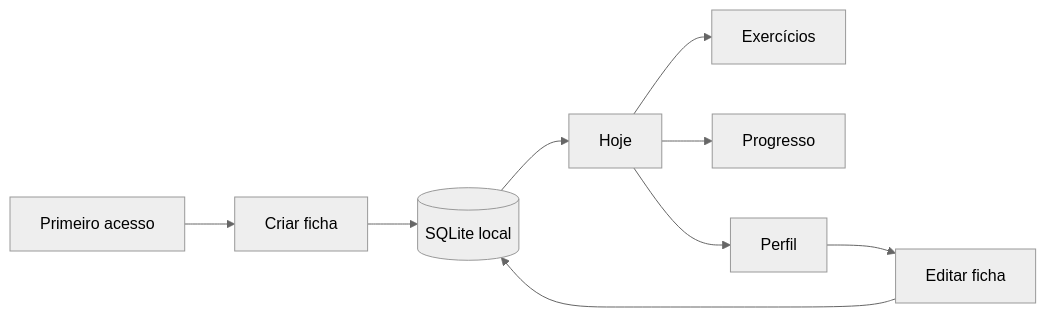
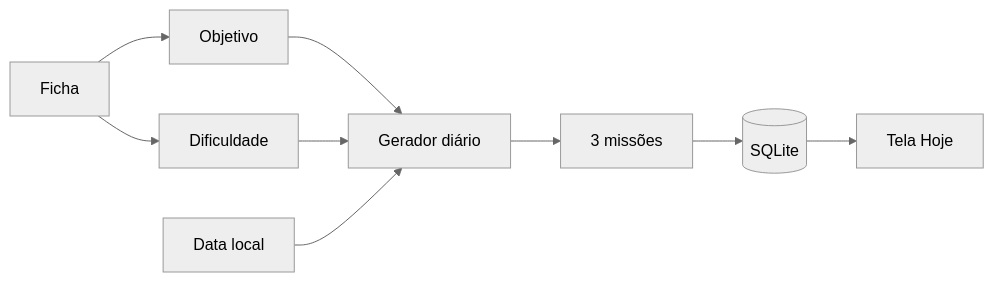
One commit to tombemol/I.C.A.R.O changed the first of 2 diagrams in README.md. Above: the diagram before and after it, drawn with Mermaid (neutral theme). The commit also changed other lines of this file and 16 other files, not shown here.

````diff
--- a/README.md
+++ b/README.md
@@ -24,11 +28,11 @@
 ```mermaid
 flowchart LR
-  A[Primeiro acesso] --> B[Criar ficha]
-  B --> C[(SQLite local)]
-  C --> D[Hoje]
-  D --> E[Exercícios]
-  D --> F[Progresso]
-  D --> G[Perfil]
-  G --> H[Editar ficha]
-  H --> C
+  A[Ficha] --> B[Objetivo]
+  A --> C[Dificuldade]
+  B --> D[Gerador diário]
+  C --> D
+  E[Data local] --> D
+  D --> F[3 missões]
+  F --> G[(SQLite)]
+  G --> H[Tela Hoje]
 ```
````
